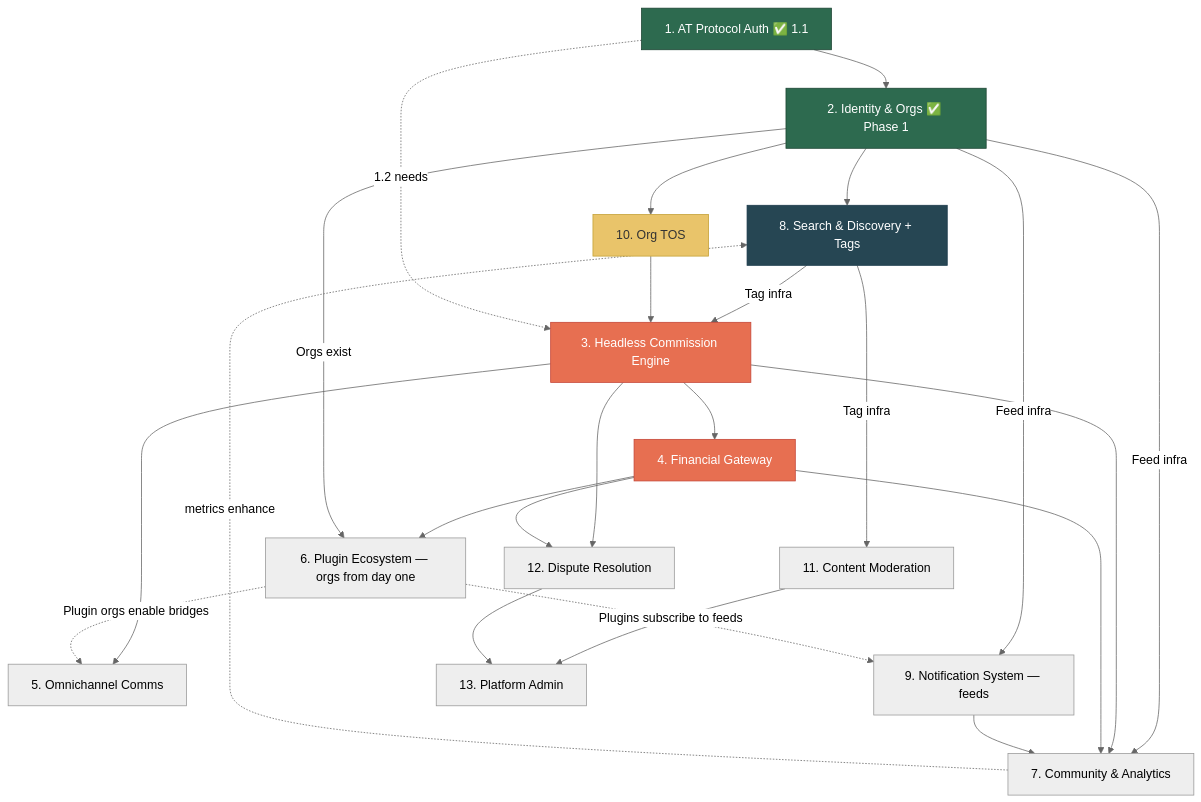
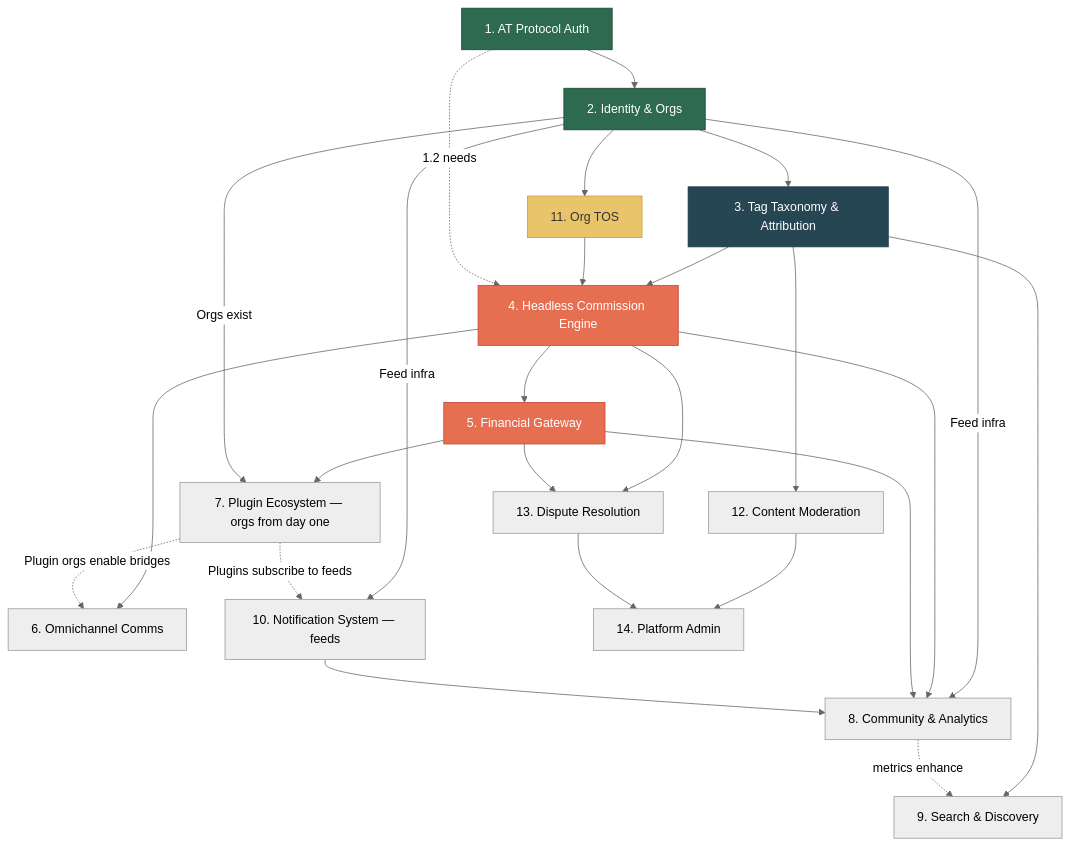
The diagram in design/features/OVERVIEW.md (ProgrammingCheetah/ZurFur), drawn with Mermaid (neutral theme) before and after one commit. The commit also changed other lines of this file and 20 other files, not shown here.

````diff
--- a/design/features/OVERVIEW.md
+++ b/design/features/OVERVIEW.md
@@ -39,64 +40,66 @@
 ```mermaid
 graph TD
-    F1[1. AT Protocol Auth ✅ 1.1]
-    F2[2. Identity & Orgs ✅ Phase 1]
-    F3[3. Headless Commission Engine]
-    F4[4. Financial Gateway]
-    F5[5. Omnichannel Comms]
-    F6[6. Plugin Ecosystem — orgs from day one]
-    F7[7. Community & Analytics]
-    F8[8. Search & Discovery + Tags]
-    F9[9. Notification System — feeds]
-    F10[10. Org TOS]
-    F11[11. Content Moderation]
-    F12[12. Dispute Resolution]
-    F13[13. Platform Admin]
+    F1[1. AT Protocol Auth]
+    F2[2. Identity & Orgs]
+    F3[3. Tag Taxonomy & Attribution]
+    F4[4. Headless Commission Engine]
+    F5[5. Financial Gateway]
+    F6[6. Omnichannel Comms]
+    F7[7. Plugin Ecosystem — orgs from day one]
+    F8[8. Community & Analytics]
+    F9[9. Search & Discovery]
+    F10[10. Notification System — feeds]
+    F11[11. Org TOS]
+    F12[12. Content Moderation]
+    F13[13. Dispute Resolution]
+    F14[14. Platform Admin]
 
     %% Foundation
     F1 --> F2
-    F2 --> F8
-    F2 --> F10
+    F2 --> F3
+    F2 --> F11
 
-    %% Tags + Feeds are foundational
-    F8 -->|Tag infra| F3
-    F8 -->|Tag infra| F11
+    %% Tags are foundational
+    F3 --> F4
+    F3 --> F9
+    F3 --> F12
 
     %% Feed system is cross-cutting
-    F2 -->|Feed infra| F9
-    F2 -->|Feed infra| F7
+    F2 -->|Feed infra| F10
+    F2 -->|Feed infra| F8
 
     %% Commission critical path
-    F10 --> F3
-    F3 --> F4
-    F3 --> F5
-    F3 --> F7
-    F3 --> F12
+    F11 --> F4
+    F4 --> F5
+    F4 --> F6
+    F4 --> F8
+    F4 --> F13
 
     %% Financial enables disputes + plugin marketplace
-    F4 --> F12
-    F4 --> F6
-    F4 --> F7
+    F5 --> F13
+    F5 --> F7
+    F5 --> F8
 
     %% Notifications
-    F9 --> F7
+    F10 --> F8
 
     %% Moderation + Admin
-    F11 --> F13
-    F12 --> F13
+    F12 --> F14
+    F13 --> F14
 
     %% Plugin orgs are just orgs
-    F2 -->|Orgs exist| F6
-    F6 -.->|Plugins subscribe to feeds| F9
-    F6 -.->|Plugin orgs enable bridges| F5
+    F2 -->|Orgs exist| F7
+    F7 -.->|Plugins subscribe to feeds| F10
+    F7 -.->|Plugin orgs enable bridges| F6
 
     %% Soft dependencies
-    F1 -.->|1.2 needs| F3
-    F7 -.->|metrics enhance| F8
+    F1 -.->|1.2 needs| F4
+    F8 -.->|metrics enhance| F9
 
     style F1 fill:#2d6a4f,stroke:#1b4332,color:#fff
     style F2 fill:#2d6a4f,stroke:#1b4332,color:#fff
-    style F8 fill:#264653,stroke:#1b3a4b,color:#fff
-    style F3 fill:#e76f51,stroke:#c44536,color:#fff
+    style F3 fill:#264653,stroke:#1b3a4b,color:#fff
     style F4 fill:#e76f51,stroke:#c44536,color:#fff
-    style F10 fill:#e9c46a,stroke:#c4a035,color:#333
+    style F5 fill:#e76f51,stroke:#c44536,color:#fff
+    style F11 fill:#e9c46a,stroke:#c4a035,color:#333
 ```
````
